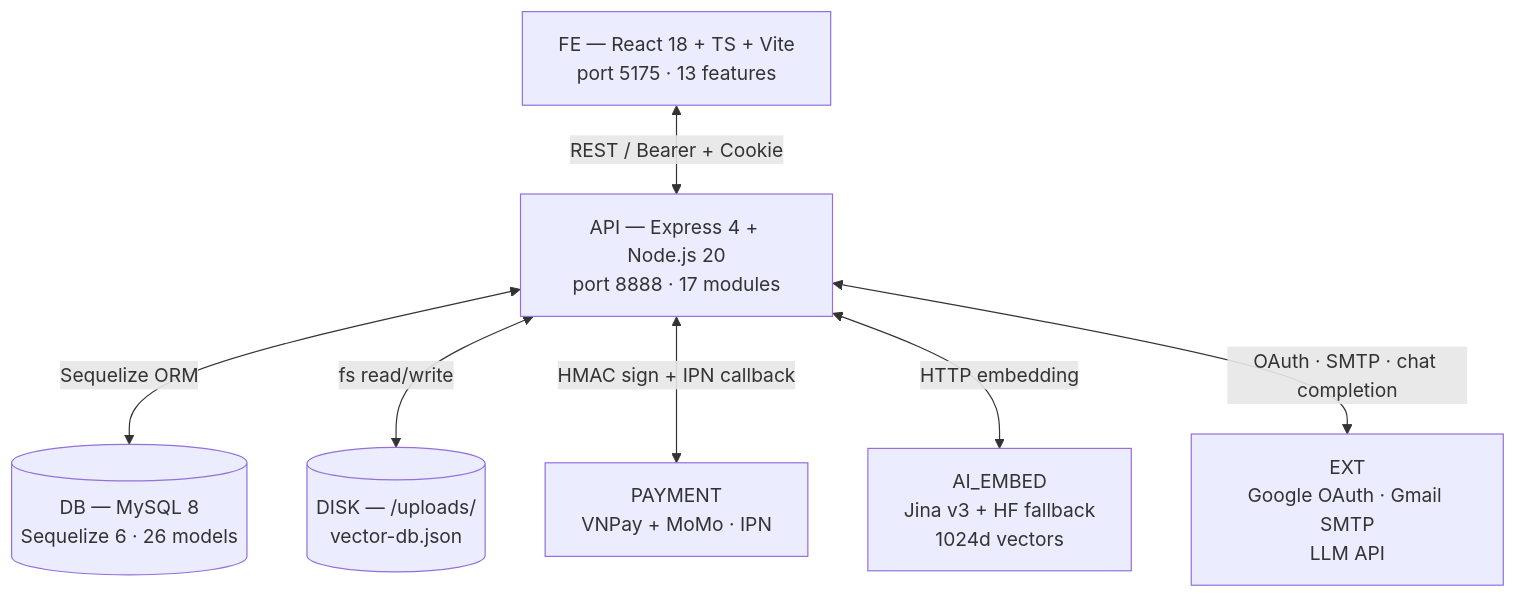
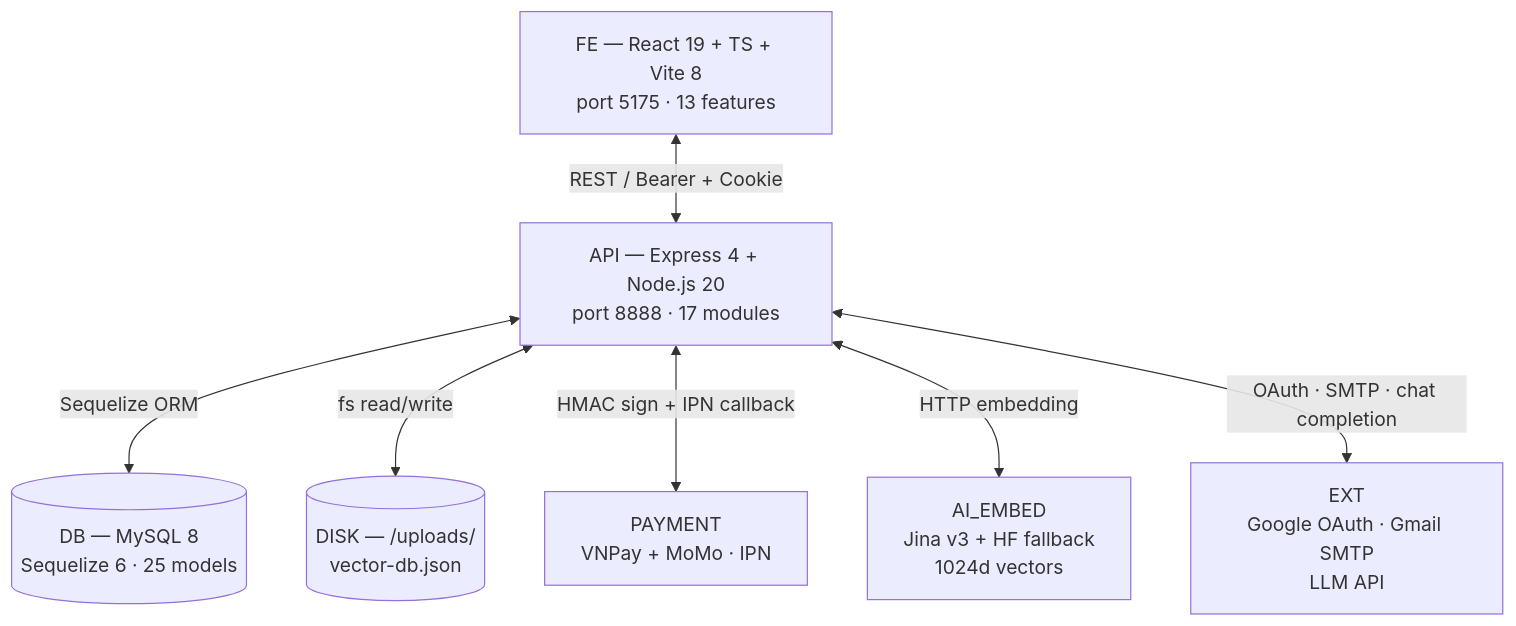
Diagram 37 of 47 in DIAGRAMS.md (MinhThang1009/E-commerce-website), drawn with Mermaid before and after one commit. The commit also changed other lines of this file and 118 other files, not shown here.

````diff
--- a/DIAGRAMS.md
+++ b/DIAGRAMS.md
@@ -1577,17 +1558,17 @@
 ```mermaid
 flowchart TB
-    FE["FE — React 18 + TS + Vite<br/>port 5175 · 13 features"]
+    FE["FE — React 19 + TS + Vite 8<br/>port 5175 · 13 features"]
     API["API — Express 4 + Node.js 20<br/>port 8888 · 17 modules"]
-    DB[("DB — MySQL 8<br/>Sequelize 6 · 26 models")]
+    DB[("DB — MySQL 8<br/>Sequelize 6 · 25 models")]
     DISK[("DISK — /uploads/<br/>vector-db.json")]
     PAYMENT["PAYMENT<br/>VNPay + MoMo · IPN"]
     AI_EMBED["AI_EMBED<br/>Jina v3 + HF fallback<br/>1024d vectors"]
     EXT["EXT<br/>Google OAuth · Gmail SMTP<br/>LLM API"]
 
     FE <-->|"REST / Bearer + Cookie"| API
     API <-->|"Sequelize ORM"| DB
     API <-->|"fs read/write"| DISK
     API <-->|"HMAC sign + IPN callback"| PAYMENT
     API <-->|"HTTP embedding"| AI_EMBED
     API <-->|"OAuth · SMTP · chat completion"| EXT
 ```
````
